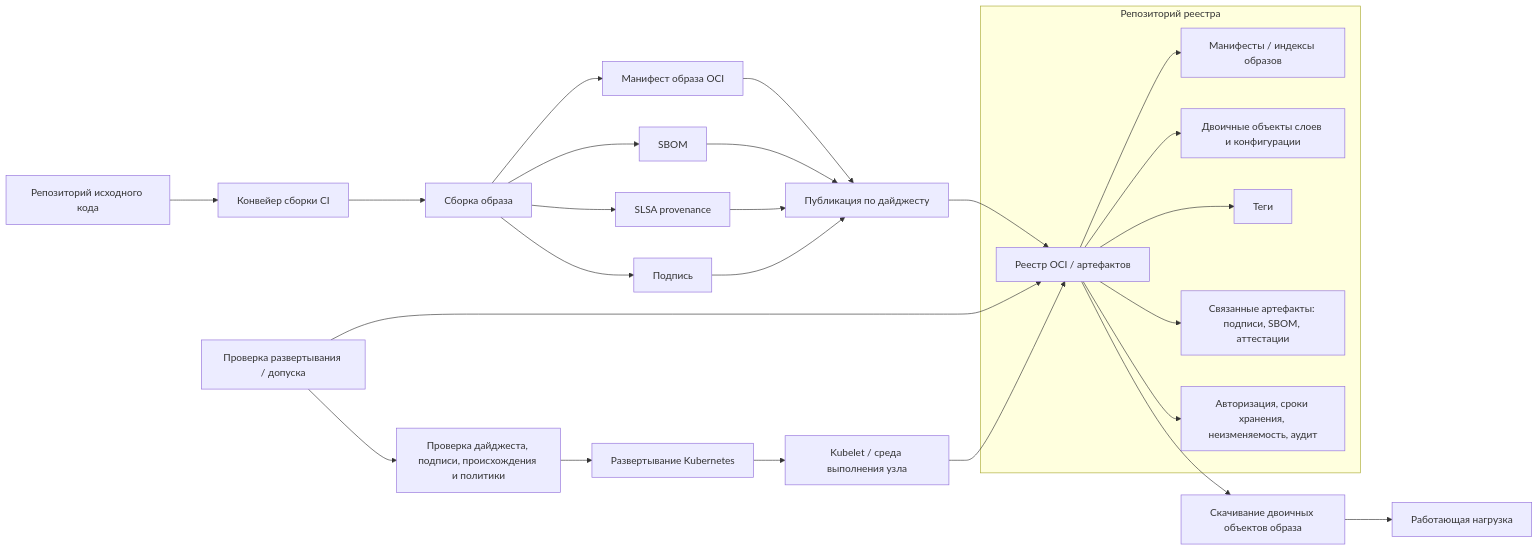
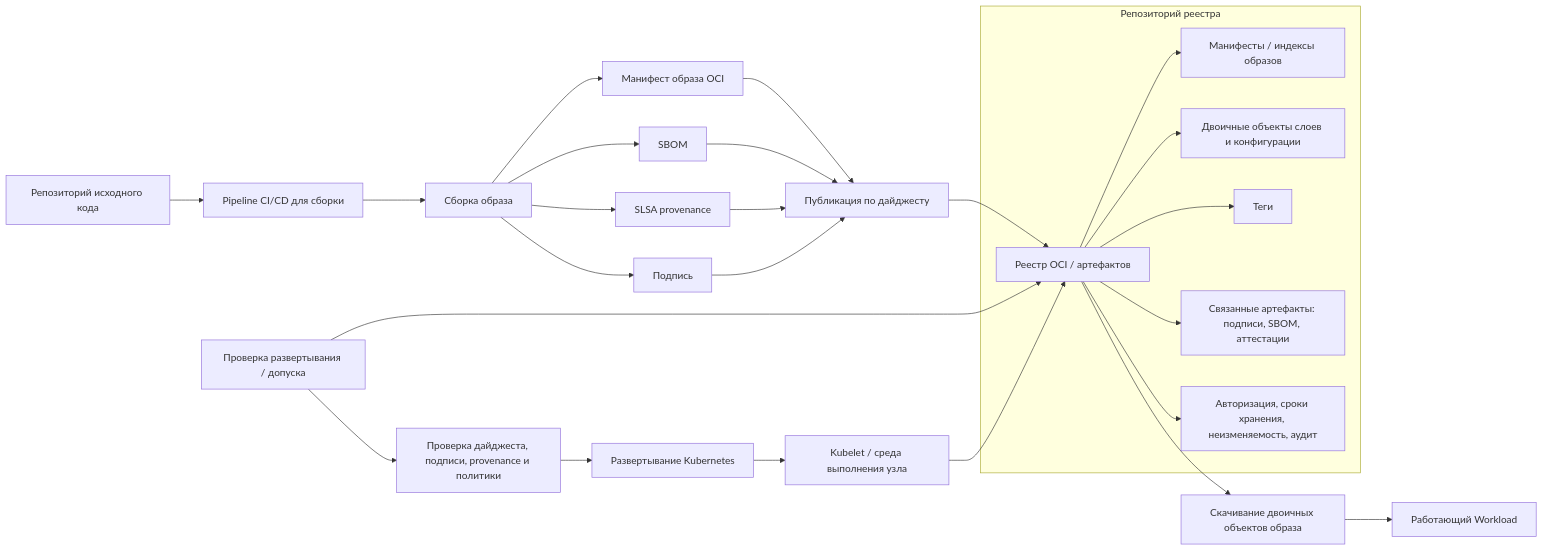
The third of 17 diagrams in reference/infrastructure-technologies/infrastructure-technologies.ru.md (defrixx/defrixx.github.io), drawn with Mermaid before and after one commit. The commit also changed other lines of this file and 201 other files, not shown here.

````diff
--- a/reference/infrastructure-technologies/infrastructure-technologies.ru.md
+++ b/reference/infrastructure-technologies/infrastructure-technologies.ru.md
@@ -198,31 +198,31 @@
 ```mermaid
 flowchart LR
-  Source["Репозиторий исходного кода"] --> CI["Конвейер сборки CI"]
+  Source["Репозиторий исходного кода"] --> CI["Pipeline CI/CD для сборки"]
   CI --> Build["Сборка образа"]
   Build --> Image["Манифест образа OCI"]
   Build --> SBOM["SBOM"]
   Build --> Prov["SLSA provenance"]
   Build --> Sig["Подпись"]
 
   Image --> Push["Публикация по дайджесту"]
   SBOM --> Push
   Prov --> Push
   Sig --> Push
   Push --> Registry["Реестр OCI / артефактов"]
 
   subgraph RegistryBox["Репозиторий реестра"]
     Registry --> Manifests["Манифесты / индексы образов"]
     Registry --> Blobs["Двоичные объекты слоев и конфигурации"]
     Registry --> Tags["Теги"]
     Registry --> Referrers["Связанные артефакты: подписи, SBOM, аттестации"]
     Registry --> Policy["Авторизация, сроки хранения, неизменяемость, аудит"]
   end
 
   DeployGate["Проверка развертывания / допуска"] --> Registry
-  DeployGate --> Verify["Проверка дайджеста, подписи, происхождения и политики"]
+  DeployGate --> Verify["Проверка дайджеста, подписи, provenance и политики"]
   Verify --> Kubernetes["Развертывание Kubernetes"]
   Kubernetes --> Node["Kubelet / среда выполнения узла"]
   Node --> Registry
   Registry --> Pull["Скачивание двоичных объектов образа"]
-  Pull --> Workload["Работающая нагрузка"]
+  Pull --> Workload["Работающий Workload"]
 ```
````
